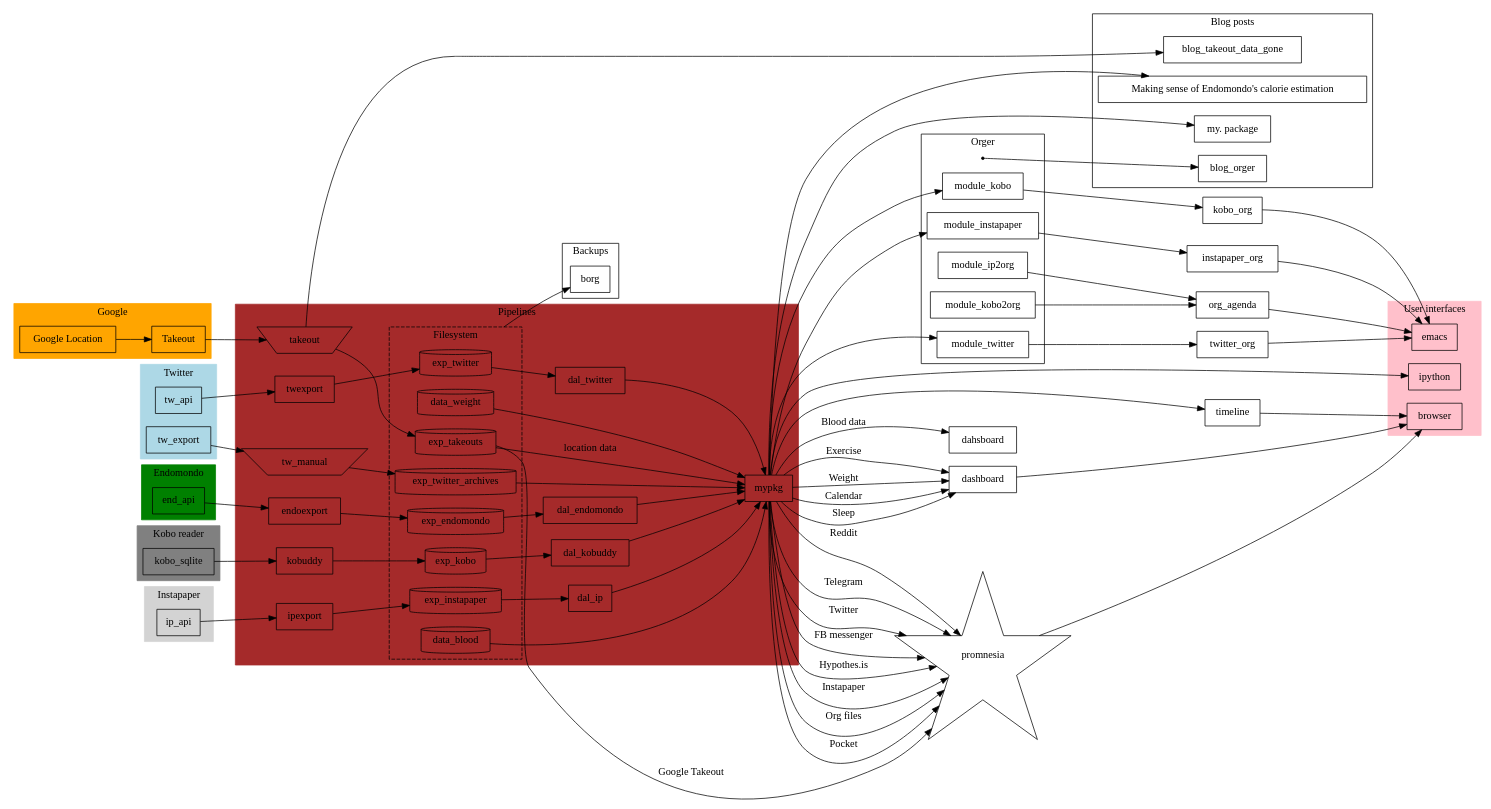
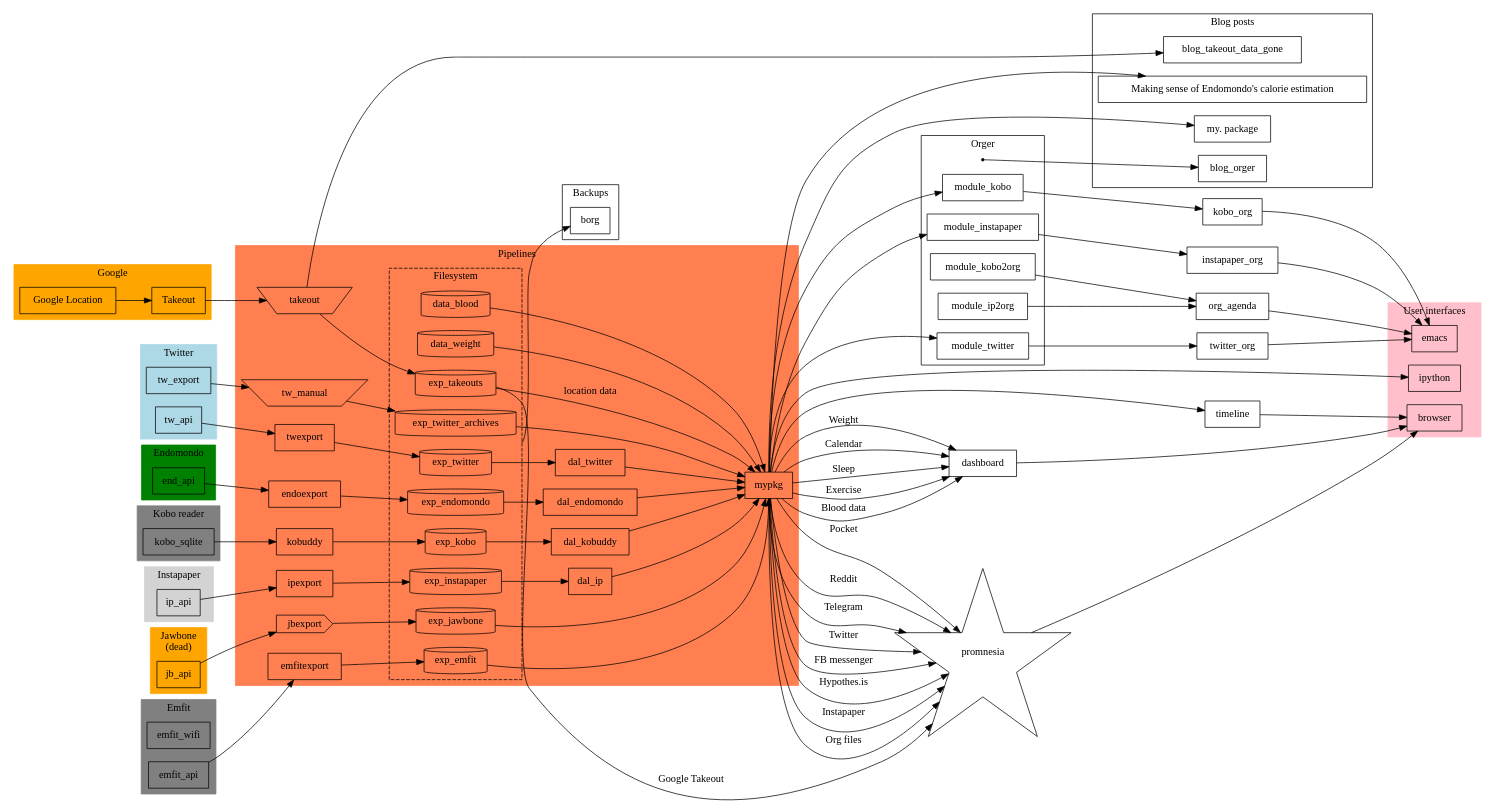
Before and after one commit to karlicoss/myinfra: the diagram in infra.dot, drawn with Graphviz.

Commit message:
more minor updates

```diff
--- a/infra.dot
+++ b/infra.dot
@@ -60,12 +60,30 @@
   ip_api;
 }
 
+# TODO demonstrate that it's dead
+subgraph cluster_jawbone {
+  label="Jawbone\n(dead)";
+  style=filled;
+  color=orange;
+
+  jb_api;
+}
+
+subgraph cluster_emfit {
+  label="Emfit";
+  style=filled;
+  color=grey;
+
+  emfit_wifi; # TODO
+  emfit_api;
+}
 
 # TODO hmm. how to still draw a frame around it?
 subgraph cluster_pipelines {
   label="Pipelines";
   style=filled;
-  color=brown;
+  color=coral;
+  # TODO https://www.graphviz.org/doc/info/colors.html
 
   # TODO more like 'cluster_fs'?
   # meh
@@ -76,11 +94,15 @@
     style=dashed;
     color=black;
 
+    exp_jawbone;
     exp_kobo;
     exp_takeouts;
     # TODO mention kython.ktakeout??
     exp_twitter_archives;
+
+    exp_emfit;
     exp_twitter;
+
     exp_endomondo;
     exp_instapaper;
 
@@ -93,13 +115,18 @@
   twexport;
   endoexport;
   ipexport;
+  jbexport [shape=cds];
+  # TODO eh, figure out better shape for 'dead'
+  # TODO perhaps makes more sense to mark edge?
 
   tw_manual[shape=invtrapezium];
   takeout  [shape=invtrapezium];
 
-  "Takeout"   -> takeout    -> exp_takeouts;
-  tw_export   -> tw_manual  -> exp_twitter_archives;
-  tw_api      -> twexport   -> exp_twitter;
+  "Takeout"   -> takeout     -> exp_takeouts;
+  tw_export   -> tw_manual   -> exp_twitter_archives;
+  tw_api      -> twexport    -> exp_twitter;
+  jb_api      -> jbexport    -> exp_jawbone;
+  emfit_api   -> emfitexport -> exp_emfit;
 
   end_api     -> endoexport -> exp_endomondo;
   ip_api      -> ipexport   -> exp_instapaper;
@@ -107,8 +134,25 @@
   kobo_sqlite -> kobuddy    -> exp_kobo;
 
 
+  mypkg;
+  # TODO eh, not sure about that
+  // subgraph cluster_mypkg {
+  //   label="my. ";
+  //   style=dashed;
+  //   mypkg;
+  //   "sleep.py";
+  //    "tweets.py";
+  // }
+
   exp_takeouts                    -> mypkg [label="location data"];
   exp_twitter_archives            -> mypkg;
+  exp_jawbone                     -> mypkg;
+  # TODO note how this edge is still active despite the fact that jbexport isn't working anymore
+  exp_emfit                       -> mypkg;
+  # TODO as you can see not everything has data access layer
+  # so there is still something to work on
+
+
   exp_twitter    -> dal_twitter   -> mypkg;
   exp_endomondo  -> dal_endomondo -> mypkg;
   exp_instapaper -> dal_ip        -> mypkg;
@@ -200,9 +244,13 @@
 mypkg -> dashboard [label="Sleep"];
 mypkg -> dashboard [label="Exercise"];
 # TODO perhaps I need HR provider?
-mypkg -> dahsboard [label="Blood data"];
+mypkg -> dashboard [label="Blood data"];
 mypkg -> dashboard [label="Weight"];
 
+# TODO distinguish regular manual tasks and 'only once' manual tasks
+# perhaps highlight regular manual with red
+# TODO kobo -- semi manual?
+# https://www.graphviz.org/doc/info/shapes.html
 
 promnesia [shape=star];
 
@@ -258,4 +306,7 @@
 takeout     -> blog_takeout_data_gone;
 // 
 
+// TODO right. I think I need to add browser history and that's it. publish straigh away after that
+// TODO ok, that's ki
+
 }
```
